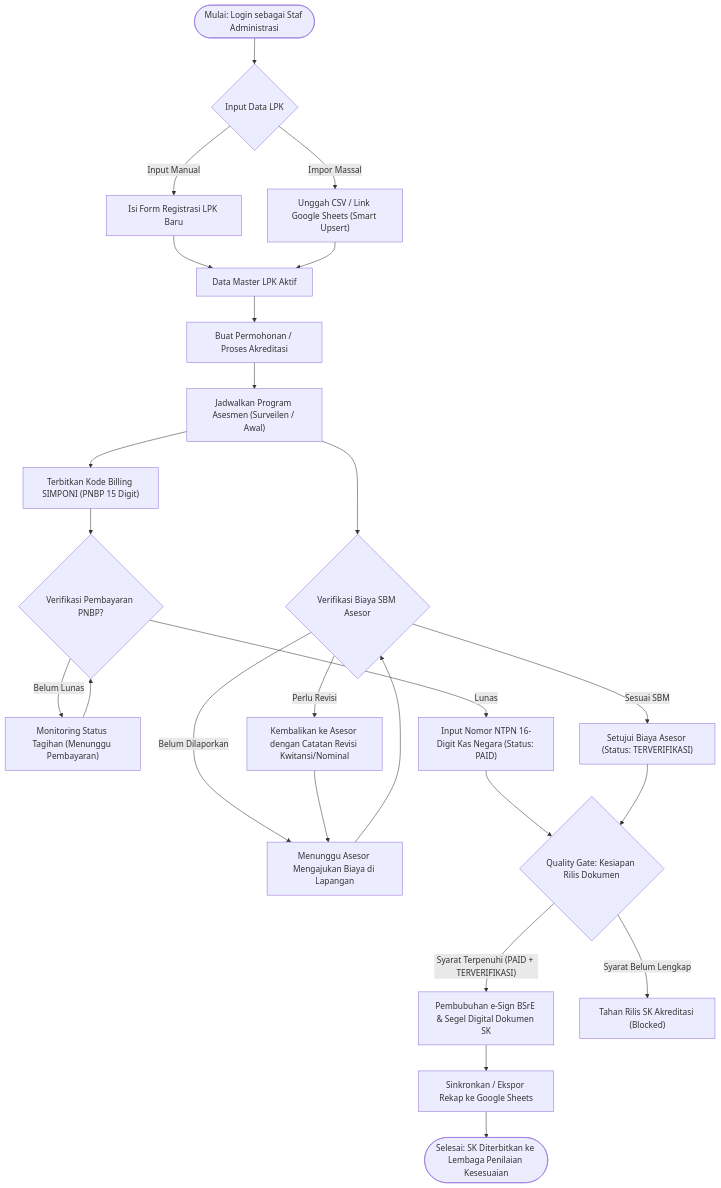
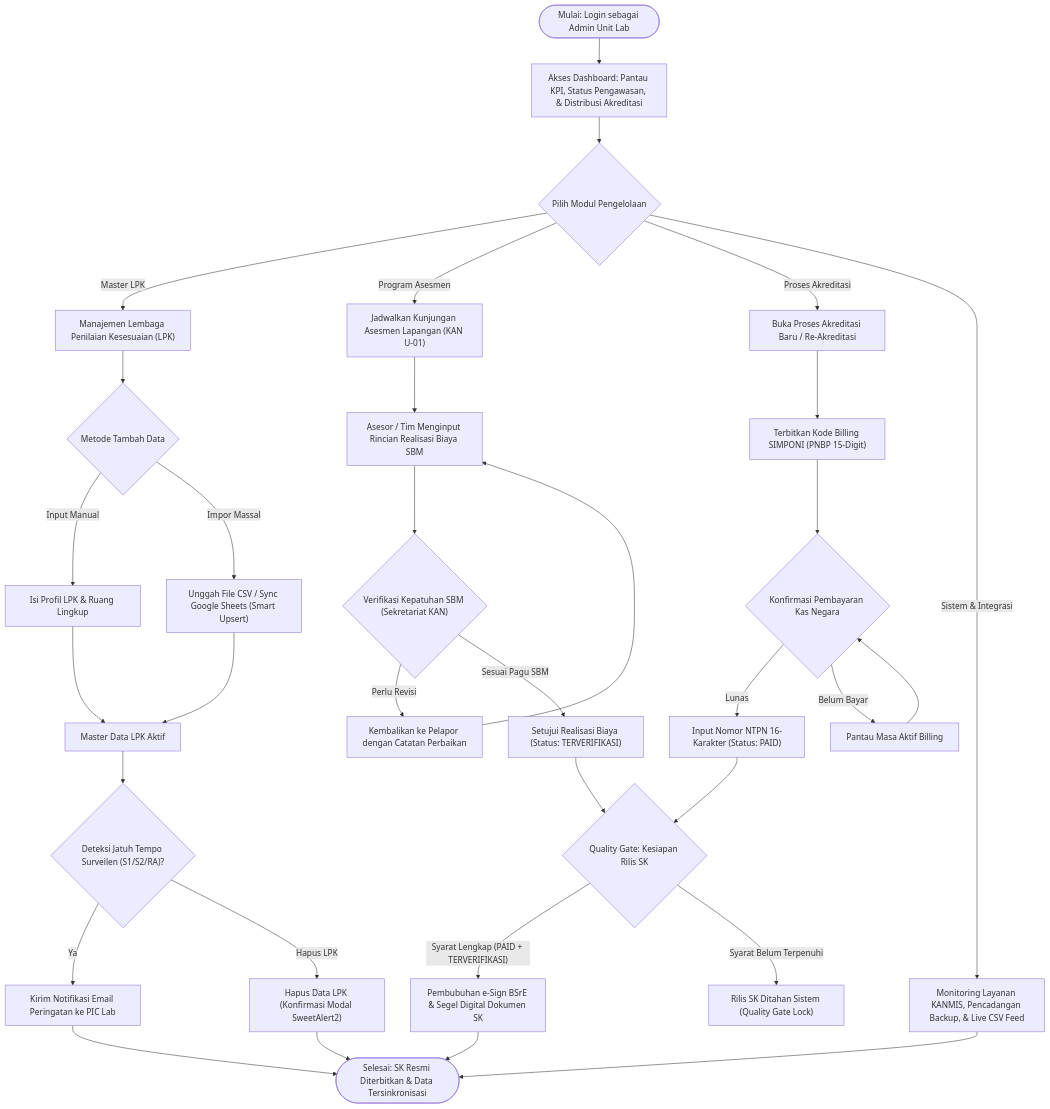
One commit to greedykid/prototype-magang changed the first of 2 diagrams in README.md. Above: the diagram before and after it, drawn with Mermaid. The commit also changed other lines of this file and 37 other files, not shown here.

Commit message:
feat: harden PIC role access control, add SweetAlert delete modal, custom error pages, and update documentation

````diff
--- a/README.md
+++ b/README.md
@@ -102,32 +102,46 @@
 ```mermaid
 flowchart TD
-    StartStaff(["Mulai: Login sebagai Staf Administrasi"]) --> InputLPK{"Input Data LPK"}
-    InputLPK -->|"Input Manual"| FormLPK["Isi Form Registrasi LPK Baru"]
-    InputLPK -->|"Impor Massal"| ImportLPK["Unggah CSV / Link Google Sheets (Smart Upsert)"]
-    FormLPK --> DataLPKReady["Data Master LPK Aktif"]
-    ImportLPK --> DataLPKReady
+    StartAdmin(["Mulai: Login sebagai Admin Unit Lab"]) --> DashboardAdmin["Akses Dashboard: Pantau KPI, Status Pengawasan, & Distribusi Akreditasi"]
 
-    DataLPKReady --> BuatAkreditasi["Buat Permohonan / Proses Akreditasi"]
-    BuatAkreditasi --> JadwalAsesmen["Jadwalkan Program Asesmen (Surveilen / Awal)"]
-    JadwalAsesmen --> TerbitBilling["Terbitkan Kode Billing SIMPONI (PNBP 15 Digit)"]
+    DashboardAdmin --> PilihanKelola{"Pilih Modul Pengelolaan"}
 
-    TerbitBilling --> TungguBayar{"Verifikasi Pembayaran PNBP?"}
-    TungguBayar -->|"Belum Lunas"| FollowupBilling["Monitoring Status Tagihan (Menunggu Pembayaran)"]
-    FollowupBilling --> TungguBayar
-    TungguBayar -->|"Lunas"| CatatNTPN["Input Nomor NTPN 16-Digit Kas Negara (Status: PAID)"]
+    %% 1. Master Data LPK
+    PilihanKelola -->|"Master LPK"| KelolaLPK["Manajemen Lembaga Penilaian Kesesuaian (LPK)"]
+    KelolaLPK --> InputLPK{"Metode Tambah Data"}
+    InputLPK -->|"Input Manual"| FormLPK["Isi Profil LPK & Ruang Lingkup"]
+    InputLPK -->|"Impor Massal"| ImportLPK["Unggah File CSV / Sync Google Sheets (Smart Upsert)"]
+    FormLPK --> DataLPKAktif["Master Data LPK Aktif"]
+    ImportLPK --> DataLPKAktif
+    DataLPKAktif --> CekSurveilen{"Deteksi Jatuh Tempo Surveilen (S1/S2/RA)?"}
+    CekSurveilen -->|"Ya"| KirimReminder["Kirim Notifikasi Email Peringatan ke PIC Lab"]
+    CekSurveilen -->|"Hapus LPK"| HapusLPK["Hapus Data LPK (Konfirmasi Modal SweetAlert2)"]
 
-    JadwalAsesmen --> VerifBiaya{"Verifikasi Biaya SBM Asesor"}
-    VerifBiaya -->|"Belum Dilaporkan"| MenungguLapor["Menunggu Asesor Mengajukan Biaya di Lapangan"]
-    MenungguLapor --> VerifBiaya
-    VerifBiaya -->|"Perlu Revisi"| TolakBiaya["Kembalikan ke Asesor dengan Catatan Revisi Kwitansi/Nominal"]
-    TolakBiaya --> MenungguLapor
-    VerifBiaya -->|"Sesuai SBM"| SetujuiBiaya["Setujui Biaya Asesor (Status: TERVERIFIKASI)"]
+    %% 2. Agenda Asesmen & Verifikasi Biaya
+    PilihanKelola -->|"Program Asesmen"| JadwalAsesmen["Jadwalkan Kunjungan Asesmen Lapangan (KAN U-01)"]
+    JadwalAsesmen --> InputBiaya["Asesor / Tim Menginput Rincian Realisasi Biaya SBM"]
+    InputBiaya --> VerifBiaya{"Verifikasi Kepatuhan SBM (Sekretariat KAN)"}
+    VerifBiaya -->|"Perlu Revisi"| TolakBiaya["Kembalikan ke Pelapor dengan Catatan Perbaikan"]
+    TolakBiaya --> InputBiaya
+    VerifBiaya -->|"Sesuai Pagu SBM"| SetujuiBiaya["Setujui Realisasi Biaya (Status: TERVERIFIKASI)"]
 
-    CatatNTPN --> QualityGate{"Quality Gate: Kesiapan Rilis Dokumen"}
-    SetujuiBiaya --> QualityGate
-    QualityGate -->|"Syarat Terpenuhi (PAID + TERVERIFIKASI)"| ESign["Pembubuhan e-Sign BSrE & Segel Digital Dokumen SK"]
-    QualityGate -->|"Syarat Belum Lengkap"| HoldRelease["Tahan Rilis SK Akreditasi (Blocked)"]
+    %% 3. Akreditasi, PNBP & e-Sign
+    PilihanKelola -->|"Proses Akreditasi"| BuatAkreditasi["Buka Proses Akreditasi Baru / Re-Akreditasi"]
+    BuatAkreditasi --> TerbitBilling["Terbitkan Kode Billing SIMPONI (PNBP 15-Digit)"]
+    TerbitBilling --> BayarBilling{"Konfirmasi Pembayaran Kas Negara"}
+    BayarBilling -->|"Lunas"| CatatNTPN["Input Nomor NTPN 16-Karakter (Status: PAID)"]
+    BayarBilling -->|"Belum Bayar"| MonitorBilling["Pantau Masa Aktif Billing"]
+    MonitorBilling --> BayarBilling
 
-    ESign --> SyncSheets["Sinkronkan / Ekspor Rekap ke Google Sheets"]
-    SyncSheets --> SelesaiStaff(["Selesai: SK Diterbitkan ke Lembaga Penilaian Kesesuaian"])
+    SetujuiBiaya --> QualityGate{"Quality Gate: Kesiapan Rilis SK"}
+    CatatNTPN --> QualityGate
+    QualityGate -->|"Syarat Lengkap (PAID + TERVERIFIKASI)"| ESignSK["Pembubuhan e-Sign BSrE & Segel Digital Dokumen SK"]
+    QualityGate -->|"Syarat Belum Terpenuhi"| TahanSK["Rilis SK Ditahan Sistem (Quality Gate Lock)"]
+
+    %% 4. Monitoring Sistem & Integrasi
+    PilihanKelola -->|"Sistem & Integrasi"| MonitoringSistem["Monitoring Layanan KANMIS, Pencadangan Backup, & Live CSV Feed"]
+
+    ESignSK --> SelesaiAdmin(["Selesai: SK Resmi Diterbitkan & Data Tersinkronisasi"])
+    MonitoringSistem --> SelesaiAdmin
+    KirimReminder --> SelesaiAdmin
+    HapusLPK --> SelesaiAdmin
 ```
````
